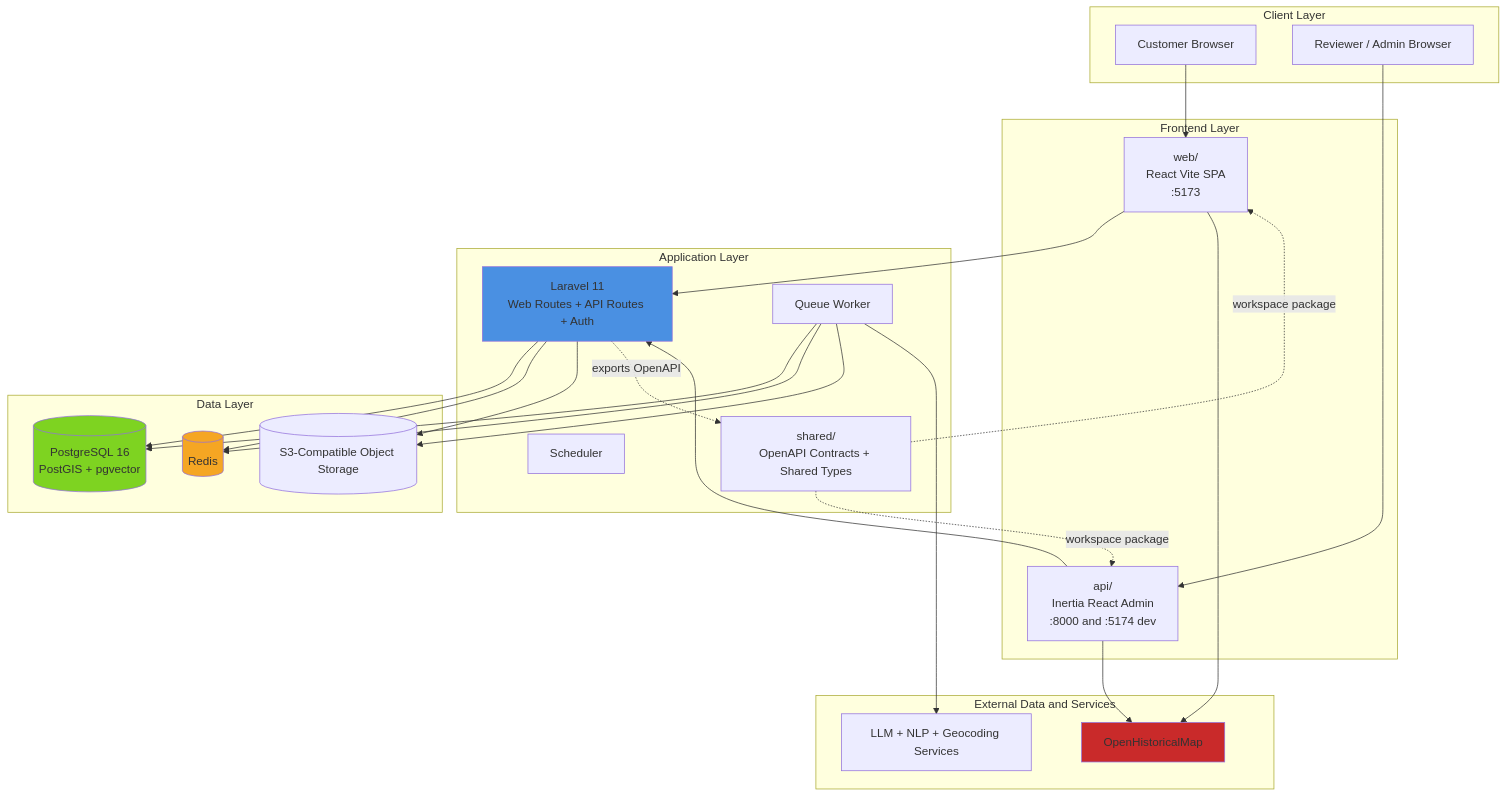
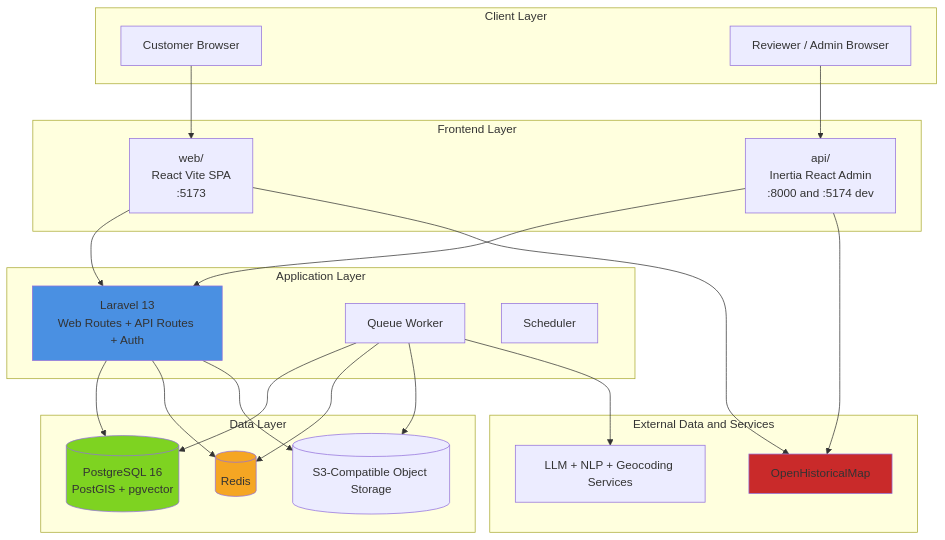
The first of 4 diagrams in docs/architecture_overview.md (PickleSoda/history-mapped), drawn with Mermaid before and after one commit. The commit also changed other lines of this file and 4 other files, not shown here.

````diff
--- a/docs/architecture_overview.md
+++ b/docs/architecture_overview.md
@@ -42,57 +41,52 @@
 ```mermaid
 graph TB
     subgraph "Client Layer"
         Customer[Customer Browser]
         Reviewer[Reviewer / Admin Browser]
     end
 
     subgraph "Frontend Layer"
         Web[web/<br/>React Vite SPA<br/>:5173]
         Admin[api/<br/>Inertia React Admin<br/>:8000 and :5174 dev]
     end
 
     subgraph "Application Layer"
-        Laravel[Laravel 11<br/>Web Routes + API Routes + Auth]
+        Laravel[Laravel 13<br/>Web Routes + API Routes + Auth]
         Queue[Queue Worker]
         Scheduler[Scheduler]
-        Shared[shared/<br/>OpenAPI Contracts + Shared Types]
     end
 
     subgraph "Data Layer"
         DB[(PostgreSQL 16<br/>PostGIS + pgvector)]
         Redis[(Redis)]
         Storage[(S3-Compatible Object Storage)]
     end
 
     subgraph "External Data and Services"
         OHM[OpenHistoricalMap]
         AI[LLM + NLP + Geocoding Services]
     end
 
     Customer --> Web
     Reviewer --> Admin
 
     Web --> Laravel
     Admin --> Laravel
 
     Laravel --> DB
     Laravel --> Redis
     Laravel --> Storage
 
     Queue --> DB
     Queue --> Redis
     Queue --> Storage
     Queue --> AI
 
     Web --> OHM
     Admin --> OHM
 
-    Laravel -. exports OpenAPI .-> Shared
-    Shared -. workspace package .-> Web
-    Shared -. workspace package .-> Admin
-
     style Laravel fill:#4A90E2
     style DB fill:#7ED321
     style Redis fill:#F5A623
     style OHM fill:#C92A2A
 ```
````
